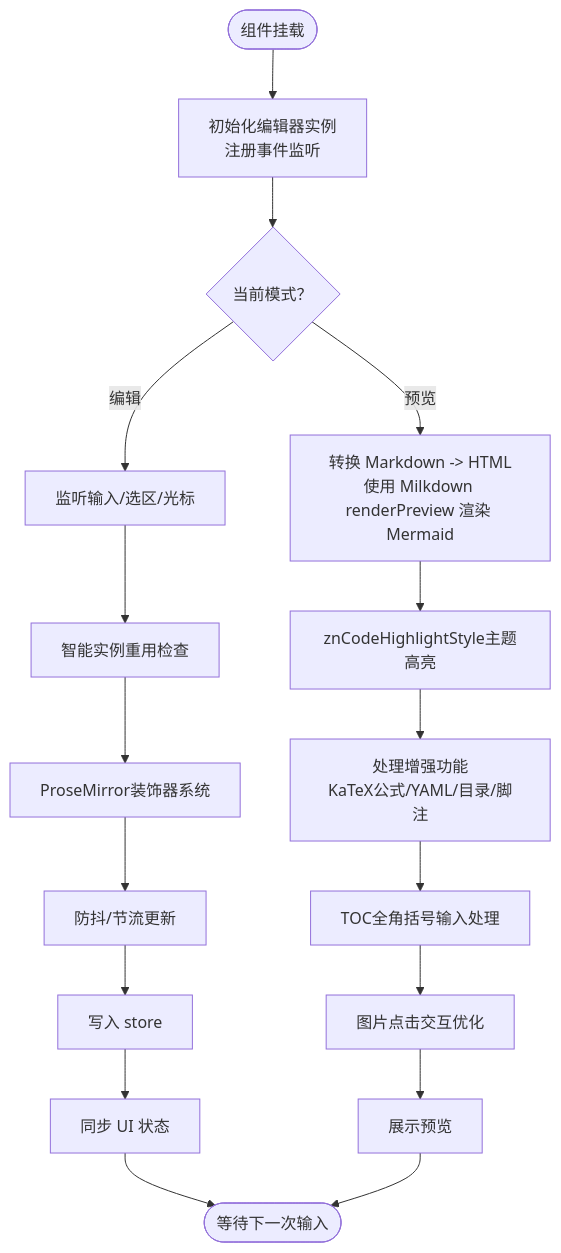
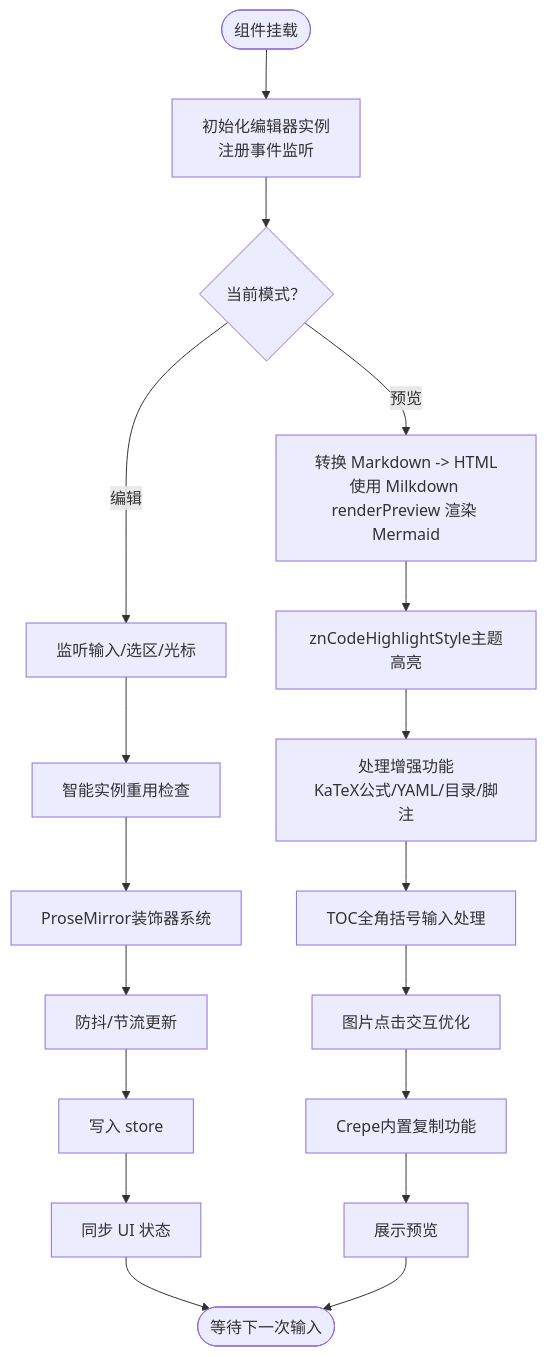
One commit to gongshiyun/ZenNote changed the third of 8 diagrams in .qoder/repowiki/zh/content/核心组件/编辑器组件.md. Above: the diagram before and after it, drawn with Mermaid. The commit also changed other lines of this file and 71 other files, not shown here.

Commit message:
feat: 发布 v0.8.10 — 表格交互重做(单元格拖拽多选+右键菜单行/列/整表操作，移除合并/拆分/切换表头)、表格多选在右键菜单期间稳定保持、图片点击缩放查看(Mermaid放大浮层)、界面图标整体放大一档；同步清理对应孤儿代码与测试

````diff
--- a/.qoder/repowiki/zh/content/核心组件/编辑器组件.md
+++ b/.qoder/repowiki/zh/content/核心组件/编辑器组件.md
@@ -202,19 +223,20 @@
 ```mermaid
 flowchart TD
 Start(["组件挂载"]) --> Init["初始化编辑器实例<br/>注册事件监听"]
 Init --> Mode{"当前模式？"}
 Mode --> |编辑| EditFlow["监听输入/选区/光标"]
 Mode --> |预览| PreviewFlow["转换 Markdown -> HTML<br/>使用 Milkdown renderPreview 渲染 Mermaid"]
 EditFlow --> InstanceReuse["智能实例重用检查"]
 InstanceReuse --> DecoratorSystem["ProseMirror装饰器系统"]
 DecoratorSystem --> Debounce["防抖/节流更新"]
 Debounce --> UpdateStore["写入 store"]
 PreviewFlow --> ThemeHighlight["znCodeHighlightStyle主题高亮"]
 ThemeHighlight --> ProcessFeatures["处理增强功能<br/>KaTeX公式/YAML/目录/脚注"]
 ProcessFeatures --> TocInput["TOC全角括号输入处理"]
 TocInput --> ImgInteract["图片点击交互优化"]
-ImgInteract --> ShowPreview["展示预览"]
+ImgInteract --> CopyFeature["Crepe内置复制功能"]
+CopyFeature --> ShowPreview["展示预览"]
 UpdateStore --> SyncUI["同步 UI 状态"]
 SyncUI --> End(["等待下一次输入"])
 ShowPreview --> End
 ```
````
